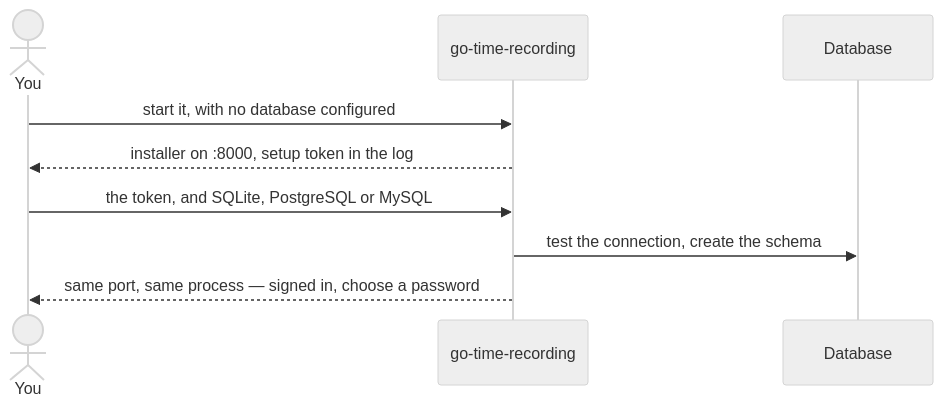
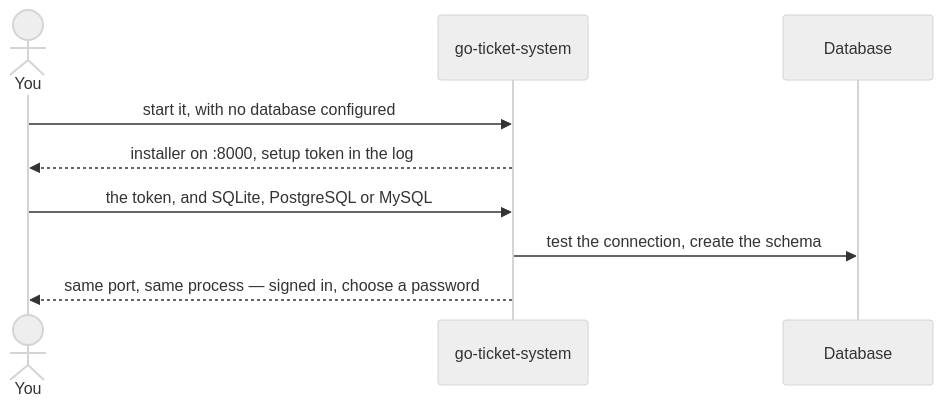
Before and after one commit to dennis-dko/go-ticket-system: the third of 3 diagrams in README.md, drawn with Mermaid (neutral theme). The commit also changed other lines of this file and 534 other files, not shown here.

````diff
--- a/README.md
+++ b/README.md
@@ -189,11 +189,11 @@
 ```mermaid
 sequenceDiagram
     actor You
-    participant App as go-time-recording
+    participant App as go-ticket-system
     participant DB as Database
     You->>App: start it, with no database configured
     App-->>You: installer on :8000, setup token in the log
     You->>App: the token, and SQLite, PostgreSQL or MySQL
     App->>DB: test the connection, create the schema
     App-->>You: same port, same process — signed in, choose a password
 ```
````
